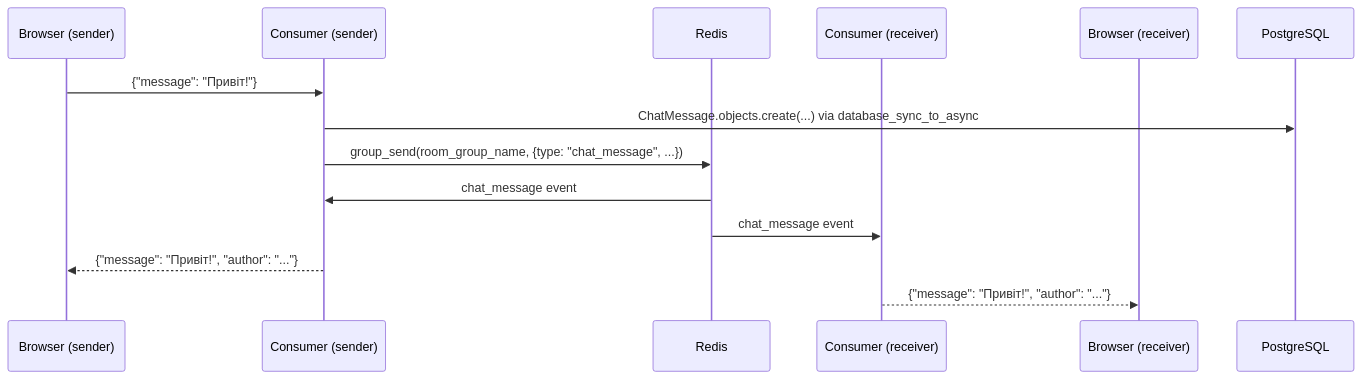
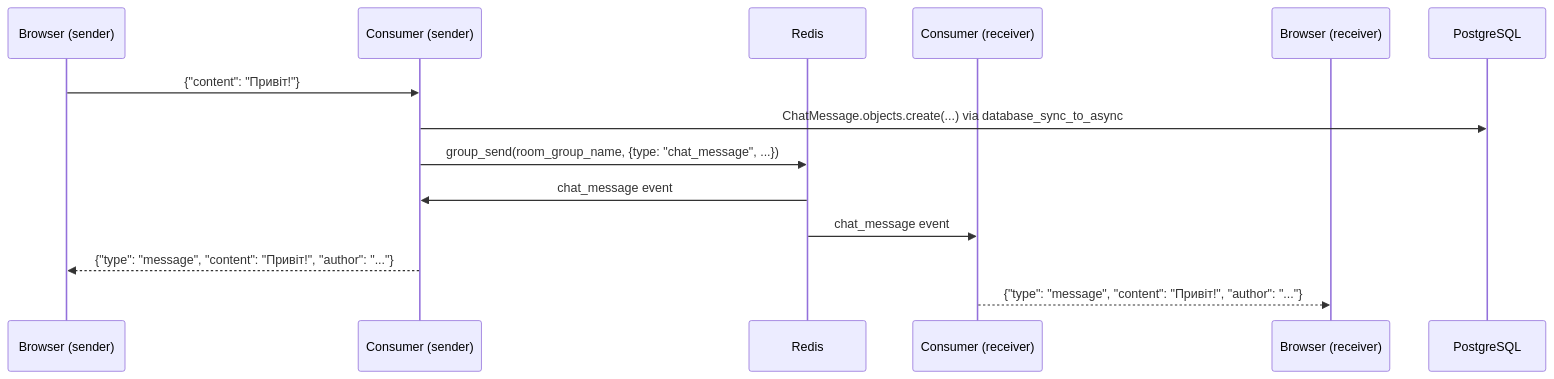
The fifth of 5 diagrams in docs/12_final_project/request_flows.md (NikoriakViktot/notes_chat_app), drawn with Mermaid before and after one commit. The commit also changed other lines of this file and 441 other files, not shown here.

First line of the commit message:
Add English version of the book, Mermaid standard, docs fixes

````diff
--- a/docs/12_final_project/request_flows.md
+++ b/docs/12_final_project/request_flows.md
@@ -100,17 +110,17 @@
 ```mermaid
 sequenceDiagram
     participant B1 as Browser (sender)
     participant C1 as Consumer (sender)
     participant RL as Redis
     participant C2 as Consumer (receiver)
     participant B2 as Browser (receiver)
     participant DB as PostgreSQL
 
-    B1->>C1: {"message": "Привіт!"}
+    B1->>C1: {"content": "Привіт!"}
     C1->>DB: ChatMessage.objects.create(...) via database_sync_to_async
     C1->>RL: group_send(room_group_name, {type: "chat_message", ...})
     RL->>C1: chat_message event
     RL->>C2: chat_message event
-    C1-->>B1: {"message": "Привіт!", "author": "..."}
-    C2-->>B2: {"message": "Привіт!", "author": "..."}
+    C1-->>B1: {"type": "message", "content": "Привіт!", "author": "..."}
+    C2-->>B2: {"type": "message", "content": "Привіт!", "author": "..."}
 ```
````
